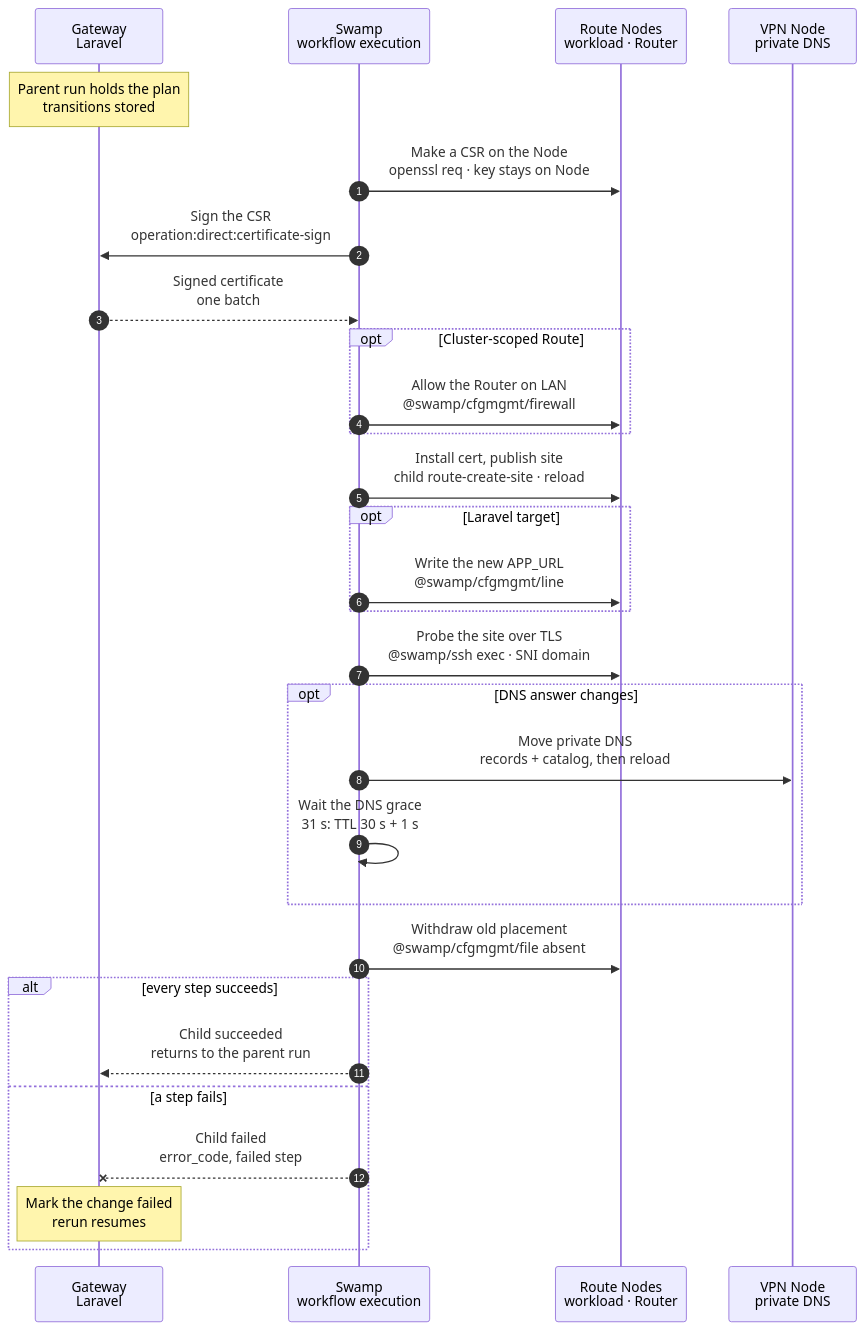
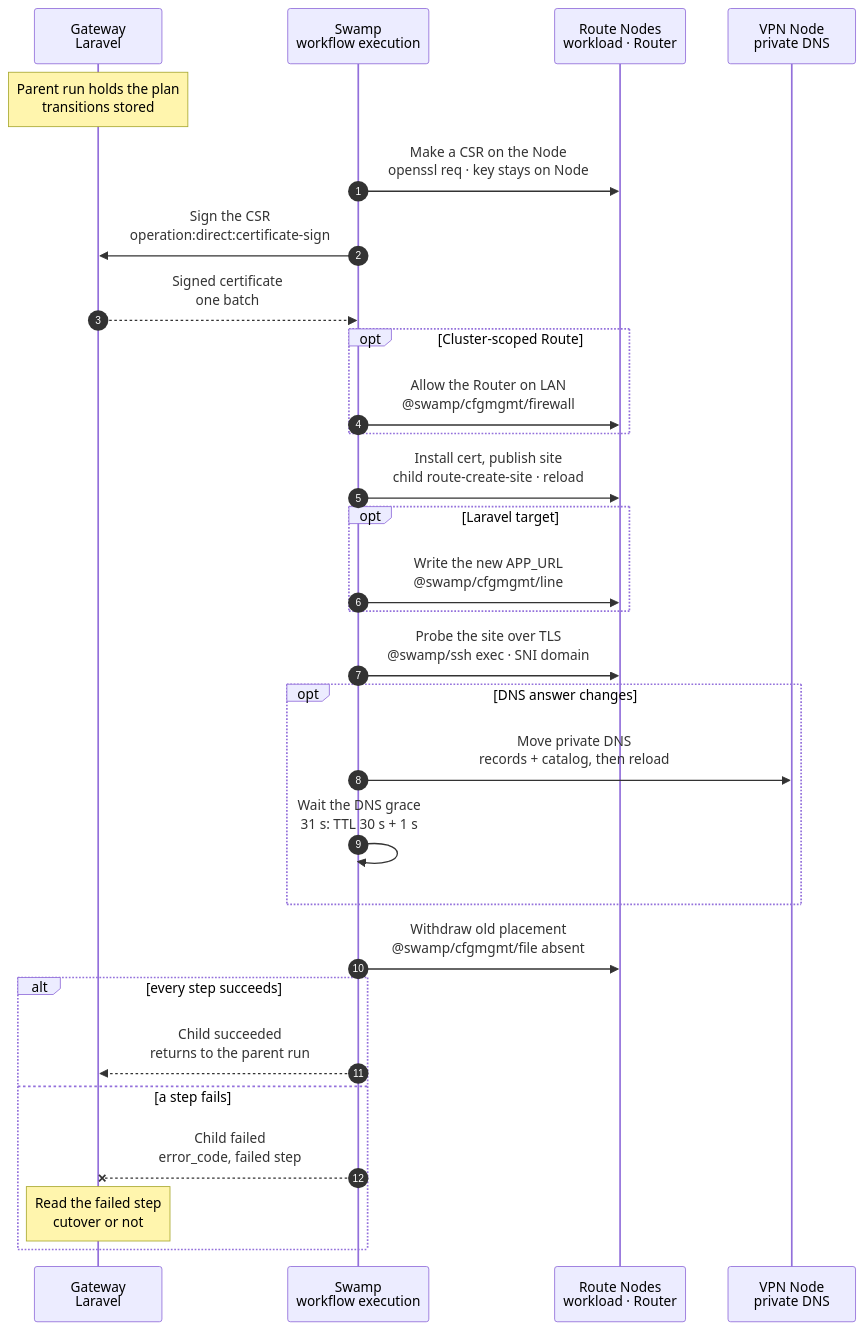
The diagram in docs/cli/route/reconcile.mmd (hardimpactdev/orbit), drawn with Mermaid before and after one commit. The commit also changed 1 other file, not shown here.

Commit message:
docs(route): route.reconcile derives the cutover from the failed step

```diff
--- a/docs/cli/route/reconcile.mmd
+++ b/docs/cli/route/reconcile.mmd
@@ -1,59 +1,61 @@
 sequenceDiagram
   %% Target design: shared child workflow of cluster:update, cluster:activate, cluster:deactivate, cluster:node:add and cluster:node:remove, with the steps of route:update. docs/reference/routes.md#change-a-tld-cluster-state-or-cluster-membership.
   %% status: reviewed
   %% command: none · shared by the Cluster commands
   %% kind: route.reconcile
   autonumber
   %% lane GW icon=gateway pill=intent tone=blue
   %% lane SW icon=workflow pill=executes tone=green
   %% lane N icon=server pill=target tone=amber
   %% lane V icon=server pill=target tone=purple
   participant GW as Gateway<br/>Laravel
   participant SW as Swamp<br/>workflow execution
   participant N as Route Nodes<br/>workload · Router
   participant V as VPN Node<br/>private DNS
   Note over GW: Parent run holds the plan<br/>transitions stored
   %%> What it is:
   %%> - one child of the parent Cluster command's run; it takes every affected Route and reconciles them together
   %%> What the Gateway stored at admission:
   %%> - a pending replacement for each domain change and the old placement for each scope change
   SW->>N: Make a CSR on the Node<br/>openssl req · key stays on Node
   SW->>GW: Sign the CSR<br/>operation:direct:certificate-sign
   %%> Why a call to the Gateway:
   %%> - certificate signing is the one allowed step-to-Gateway call; the Orbit CA stays in the Gateway
   GW-->>SW: Signed certificate<br/>one batch
   opt Cluster-scoped Route
     SW->>N: Allow the Router on LAN<br/>@swamp/cfgmgmt/firewall
   end
   SW->>N: Install cert, publish site<br/>child route-create-site · reload
   %%> What it does:
   %%> - publishes each new site beside the old one on its workload Node and the Router; Caddy reloads after validation
   opt Laravel target
     SW->>N: Write the new APP_URL<br/>@swamp/cfgmgmt/line
   end
   SW->>N: Probe the site over TLS<br/>@swamp/ssh exec · SNI domain
   %%> Why:
   %%> - the probe checks the hostname and the Orbit CA; an application HTTP error does not fail it, and a failed probe stops the cutover
   opt DNS answer changes
     SW->>V: Move private DNS<br/>records + catalog, then reload
     SW->>SW: Wait the DNS grace<br/>31 s: TTL 30 s + 1 s
     %%> Why once for all Routes:
     %%> - all names move in one step and the grace is paid once; it counts from the stored time of the last move, so a rerun does not skip it
   end
   SW->>N: Withdraw old placement<br/>@swamp/cfgmgmt/file absent
   %%> What it does:
   %%> - removes the old sites, and the certificates and LAN rules the new placement does not need
   alt every step succeeds
     SW-->>GW: Child succeeded<br/>returns to the parent run
   else a step fails
     SW--xGW: Child failed<br/>error_code, failed step
-    Note over GW: Mark the change failed<br/>rerun resumes
+    Note over GW: Read the failed step<br/>cutover or not
+    %%> How the Gateway knows the cutover:
+    %%> - it derives it from the failed step, as for `route:update`; a step up to the DNS move is before it
     %%> Result before the cutover:
     %%> - the old Routes stay authoritative and the replacements are `failed`; the Gateway restores the Laravel URLs and private DNS; a failed Caddy validation leaves the candidate file and stops the reload
     %%> Result after the cutover:
     %%> - a failure in the DNS grace or the withdrawal leaves the new placement authoritative and the old one retiring; a rerun finishes
     %%> On the Nodes:
     %%> - finished steps stay; there is no rollback
     %%> Retry:
     %%> - run the same parent command again; every step runs again and skips what already matches
   end
```
